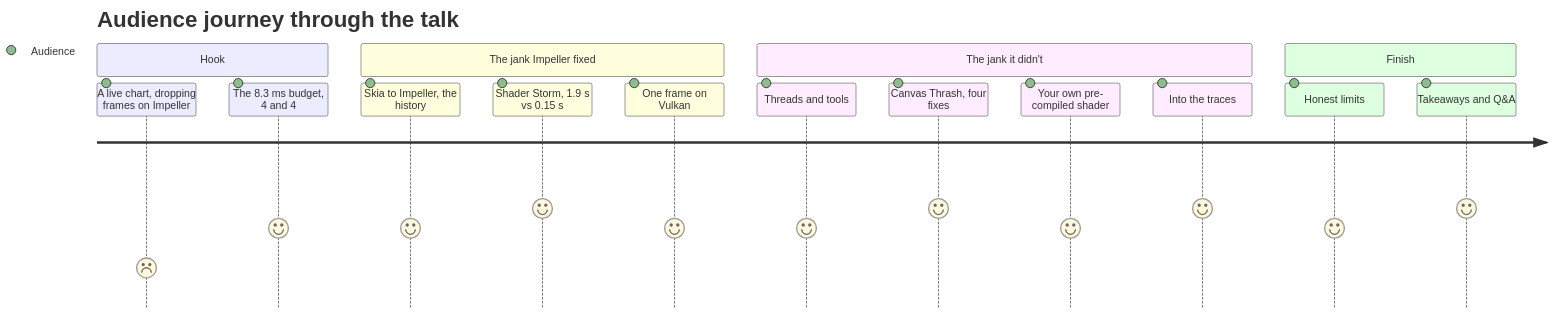
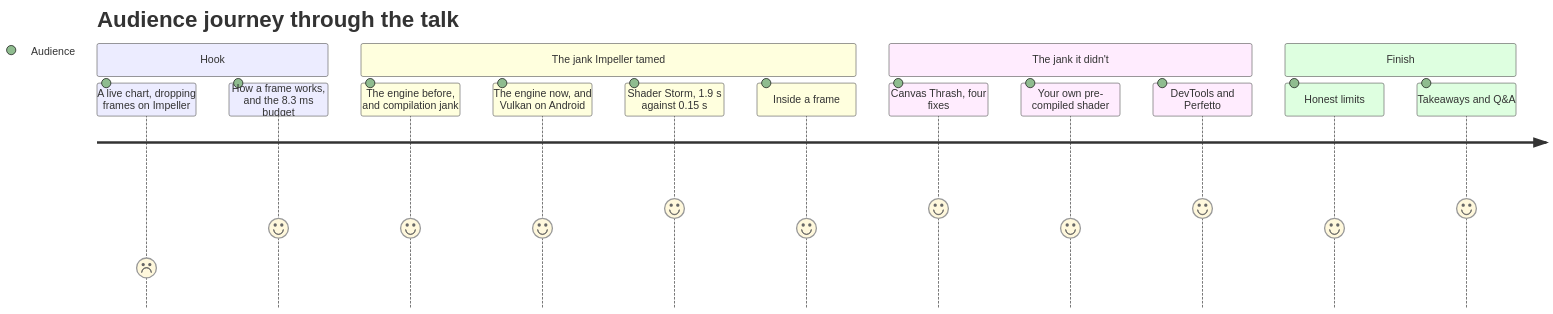
One commit to cm-collins/fluttercon-demo-app changed the first of 2 diagrams in docs/talk/talk-outline.md. Above: the diagram before and after it, drawn with Mermaid. The commit also changed other lines of this file and 12 other files, not shown here.

````diff
--- a/docs/talk/talk-outline.md
+++ b/docs/talk/talk-outline.md
@@ -27,19 +27,19 @@
 ```mermaid
 journey
     title Audience journey through the talk
     section Hook
       A live chart, dropping frames on Impeller: 2: Audience
-      The 8.3 ms budget, 4 and 4: 4: Audience
-    section The jank Impeller fixed
-      Skia to Impeller, the history: 4: Audience
-      Shader Storm, 1.9 s vs 0.15 s: 5: Audience
-      One frame on Vulkan: 4: Audience
+      How a frame works, and the 8.3 ms budget: 4: Audience
+    section The jank Impeller tamed
+      The engine before, and compilation jank: 4: Audience
+      The engine now, and Vulkan on Android: 4: Audience
+      Shader Storm, 1.9 s against 0.15 s: 5: Audience
+      Inside a frame: 4: Audience
     section The jank it didn't
-      Threads and tools: 4: Audience
       Canvas Thrash, four fixes: 5: Audience
       Your own pre-compiled shader: 4: Audience
-      Into the traces: 5: Audience
+      DevTools and Perfetto: 5: Audience
     section Finish
       Honest limits: 4: Audience
       Takeaways and Q&A: 5: Audience
 ```
````
